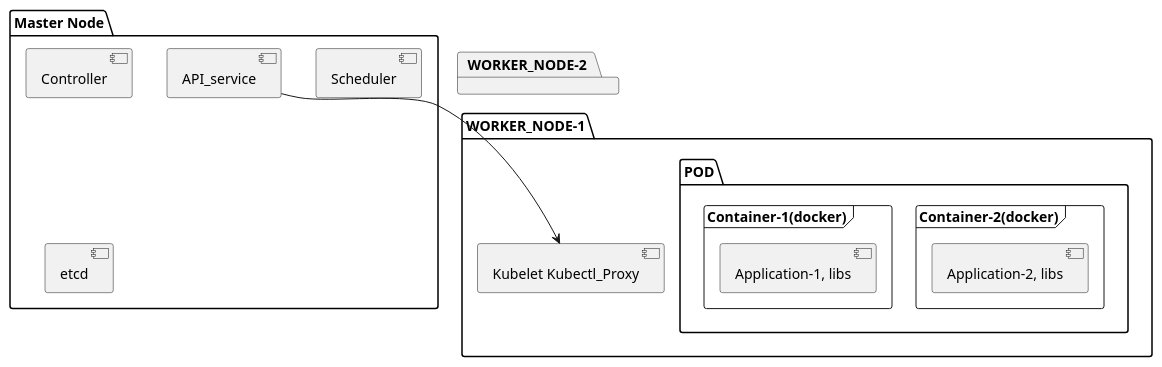
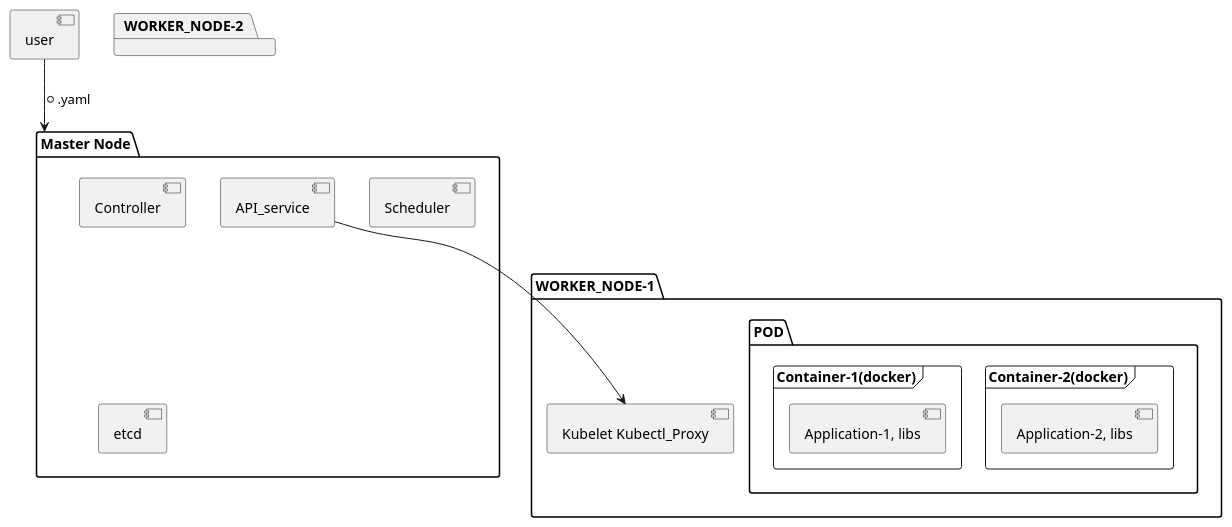
One commit to code-with-amitk/Code-examples changed the diagram in System-Design/Concepts/Containers/Kubernets/images/kubernets_architecture.puml. Above: the diagram before and after it, drawn with PlantUML.

```diff
--- a/System-Design/Concepts/Containers/Kubernets/images/kubernets_architecture.puml
+++ b/System-Design/Concepts/Containers/Kubernets/images/kubernets_architecture.puml
@@ -1,31 +1,32 @@
 @startuml
 
 package "Master Node" {
   [Controller]
   [Scheduler]
   [API_service]
   [etcd]
 }
 
 package "WORKER_NODE-1" {
   [Kubelet Kubectl_Proxy]
     package "POD" {
         frame "Container-2(docker)" {
             [Application-2, libs]
         }
         frame "Container-1(docker)" {
             [Application-1, libs]
         }
     }
 }
 
 package "WORKER_NODE-2" {
   [Kubelet Kubectl_Proxy]
     package "POD" { 
-        
+
     }
 }
-
+[user] --> "Master Node" : *.yaml
 [API_service] --> [Kubelet Kubectl_Proxy]
 
+
 @enduml
```
